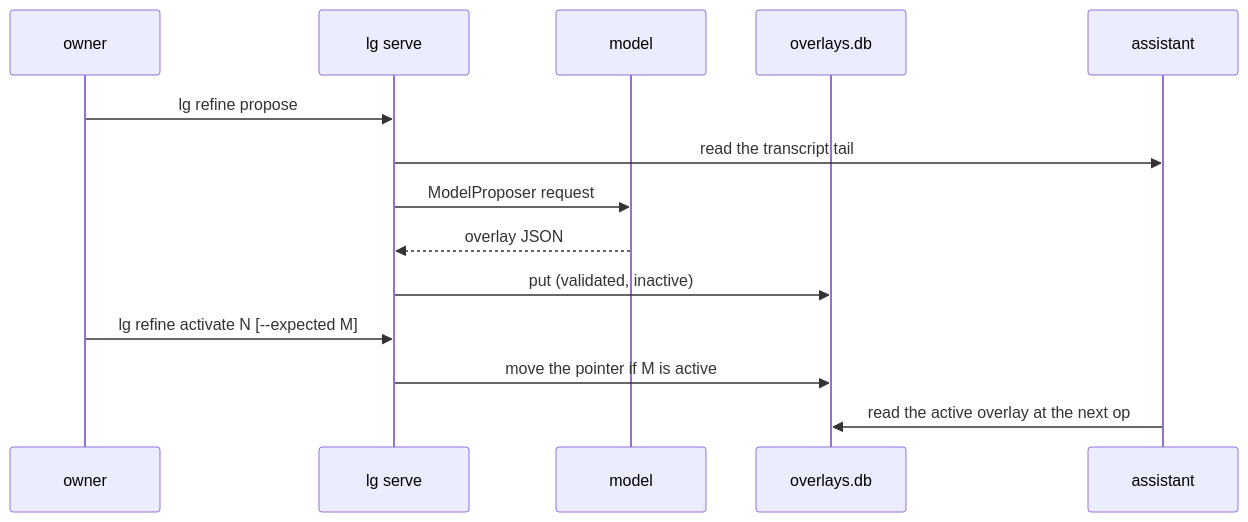
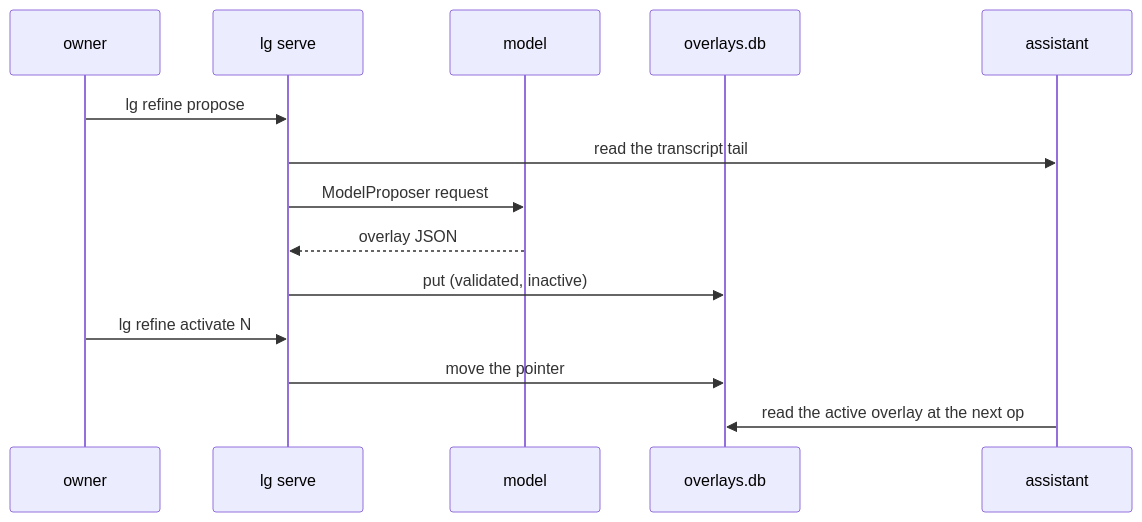
The diagram in docs/adr/0013-refine-loop.md (autumn-foundation/littleguy), drawn with Mermaid before and after one commit. The commit also changed other lines of this file and 7 other files, not shown here.

````diff
--- a/docs/adr/0013-refine-loop.md
+++ b/docs/adr/0013-refine-loop.md
@@ -70,16 +77,16 @@
 ```mermaid
 sequenceDiagram
   participant O as owner
   participant D as lg serve
   participant M as model
   participant S as overlays.db
   participant A as assistant
   O->>D: lg refine propose
   D->>A: read the transcript tail
   D->>M: ModelProposer request
   M-->>D: overlay JSON
   D->>S: put (validated, inactive)
-  O->>D: lg refine activate N [--expected M]
-  D->>S: move the pointer if M is active
+  O->>D: lg refine activate N
+  D->>S: move the pointer
   A->>S: read the active overlay at the next op
 ```
````
